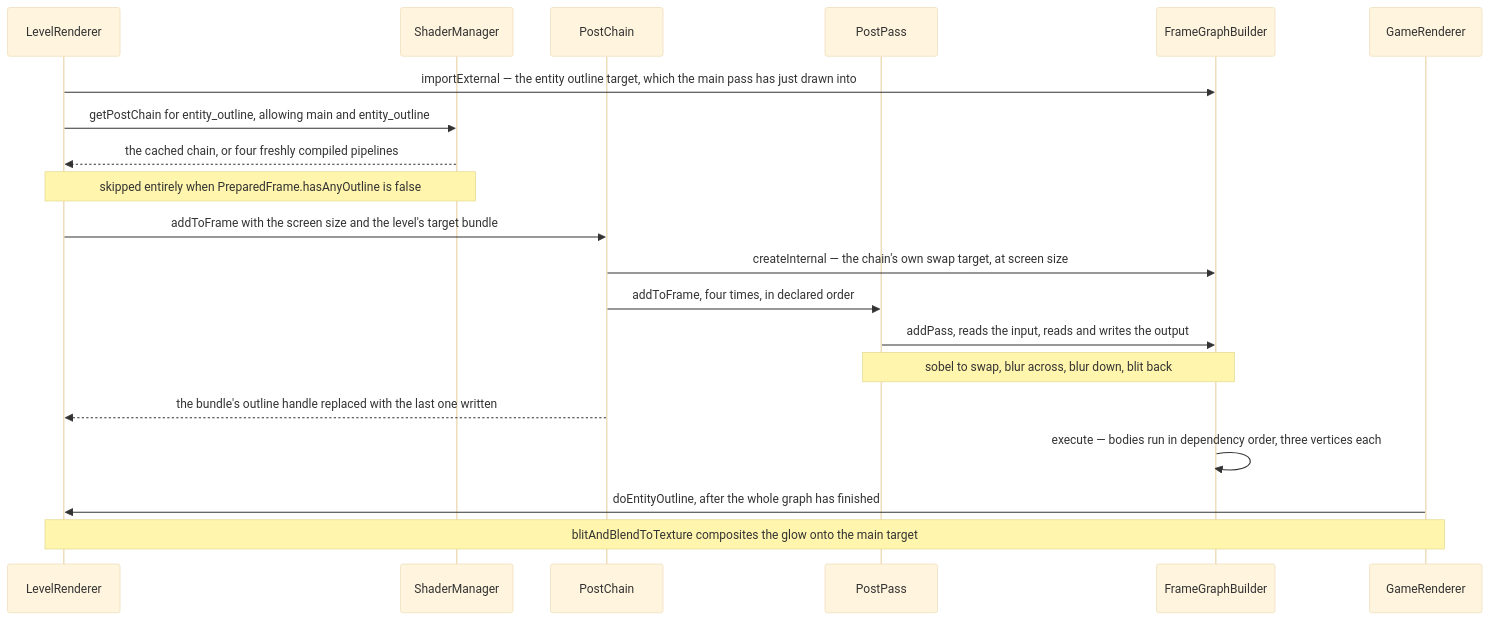
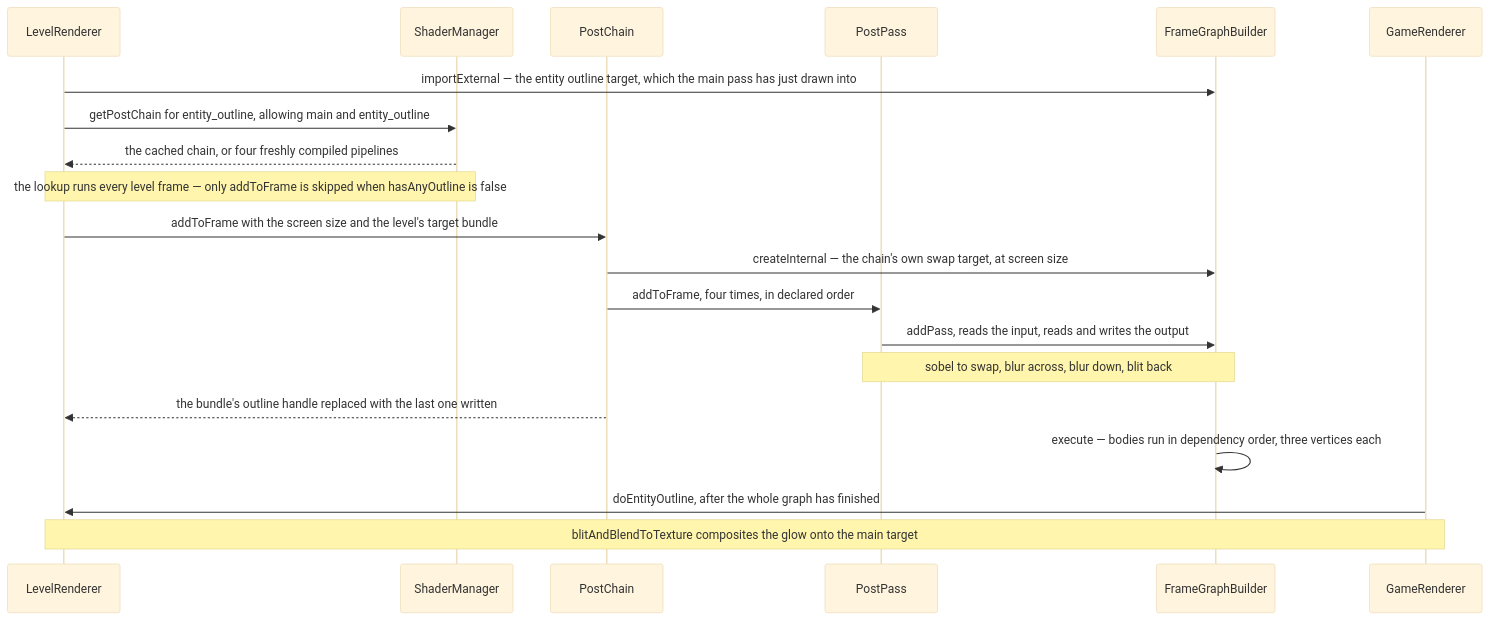
One commit to AlexanderjFraser/MinecraftDocs changed the second of 2 diagrams in src/systems/rendering/post-processing.md. Above: the diagram before and after it, drawn with Mermaid (base theme). The commit also changed other lines of this file, not shown here.

````diff
--- a/src/systems/rendering/post-processing.md
+++ b/src/systems/rendering/post-processing.md
@@ -182,23 +184,23 @@
 ```mermaid
 sequenceDiagram
     participant LR as LevelRenderer
     participant ShadM as ShaderManager
     participant PChain as PostChain
     participant PPass as PostPass
     participant FGB as FrameGraphBuilder
     participant GR as GameRenderer
 
     LR->>FGB: importExternal — the entity outline target, which the main pass has just drawn into
     LR->>ShadM: getPostChain for entity_outline, allowing main and entity_outline
     ShadM-->>LR: the cached chain, or four freshly compiled pipelines
-    Note over LR,ShadM: skipped entirely when PreparedFrame.hasAnyOutline is false
+    Note over LR,ShadM: the lookup runs every level frame — only addToFrame is skipped when hasAnyOutline is false
     LR->>PChain: addToFrame with the screen size and the level's target bundle
     PChain->>FGB: createInternal — the chain's own swap target, at screen size
     PChain->>PPass: addToFrame, four times, in declared order
     PPass->>FGB: addPass, reads the input, reads and writes the output
     Note over PPass,FGB: sobel to swap, blur across, blur down, blit back
     PChain-->>LR: the bundle's outline handle replaced with the last one written
     FGB->>FGB: execute — bodies run in dependency order, three vertices each
     GR->>LR: doEntityOutline, after the whole graph has finished
     Note over GR,LR: blitAndBlendToTexture composites the glow onto the main target
 ```
````
